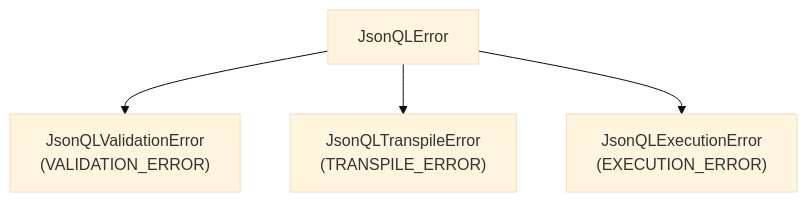
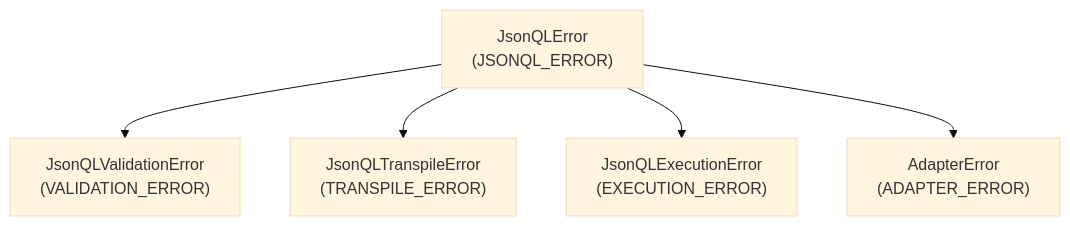
One commit to JSONQL-Standard/jsonql-docs changed the diagram in src/content/docs/sdk/python.md. Above: the diagram before and after it, drawn with Mermaid (base theme). The commit also changed other lines of this file and 4 other files, not shown here.

````diff
--- a/src/content/docs/sdk/python.md
+++ b/src/content/docs/sdk/python.md
@@ -236,6 +243,7 @@
 ```mermaid
 graph TD
-    E["JsonQLError"] --> V["JsonQLValidationError<br/>(VALIDATION_ERROR)"]
+    E["JsonQLError<br/>(JSONQL_ERROR)"] --> V["JsonQLValidationError<br/>(VALIDATION_ERROR)"]
     E --> T["JsonQLTranspileError<br/>(TRANSPILE_ERROR)"]
     E --> X["JsonQLExecutionError<br/>(EXECUTION_ERROR)"]
+    E --> A["AdapterError<br/>(ADAPTER_ERROR)"]
 ```
````
